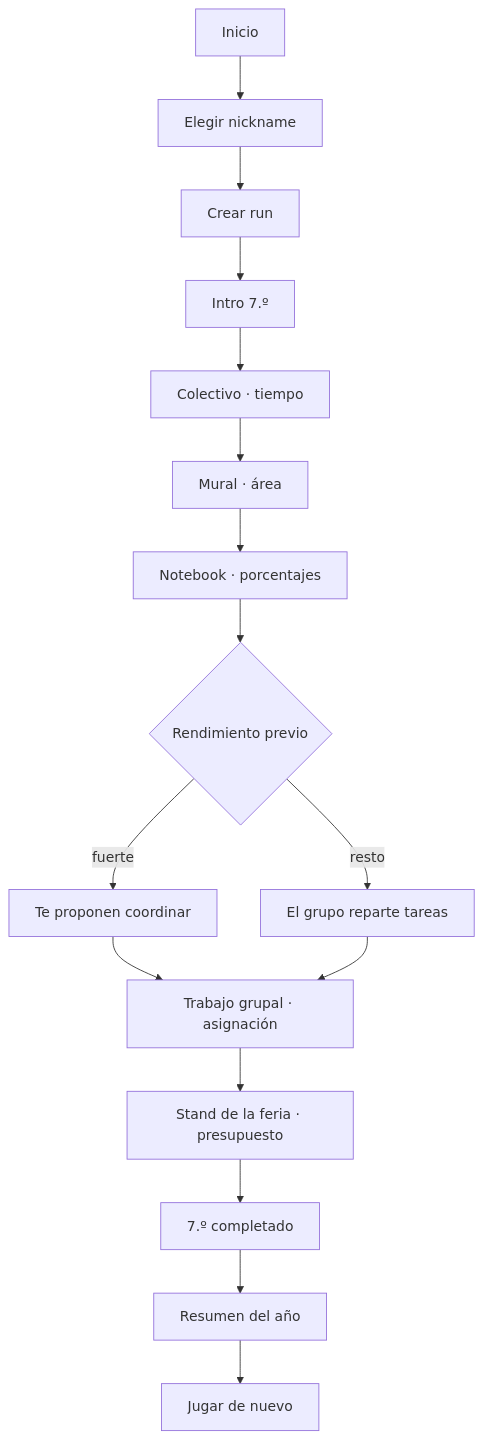
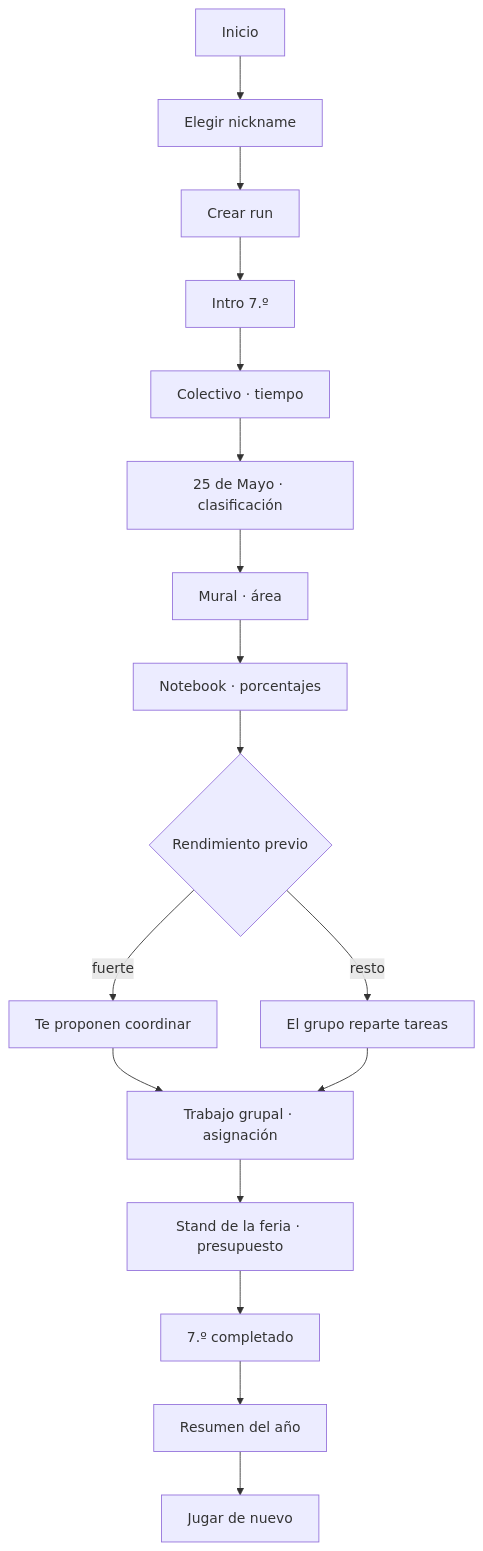
Before and after one commit to gastong256/mono256_egresado-game: the diagram in docs/06-delivery/vertical-slice-grade-7.md, drawn with Mermaid. The commit also changed other lines of this file and 31 other files, not shown here.

````diff
--- a/docs/06-delivery/vertical-slice-grade-7.md
+++ b/docs/06-delivery/vertical-slice-grade-7.md
@@ -9,18 +9,19 @@
 ```mermaid
 flowchart TD
     A[Inicio] --> B[Elegir nickname]
     B --> C[Crear run]
     C --> D[Intro 7.º]
     D --> E[Colectivo · tiempo]
-    E --> F[Mural · área]
+    E --> P[25 de Mayo · clasificación]
+    P --> F[Mural · área]
     F --> G[Notebook · porcentajes]
     G --> H{Rendimiento previo}
     H -- fuerte --> I[Te proponen coordinar]
     H -- resto --> J[El grupo reparte tareas]
     I --> K[Trabajo grupal · asignación]
     J --> K
     K --> L[Stand de la feria · presupuesto]
     L --> M[7.º completado]
     M --> N[Resumen del año]
     N --> O[Jugar de nuevo]
 ```
````
